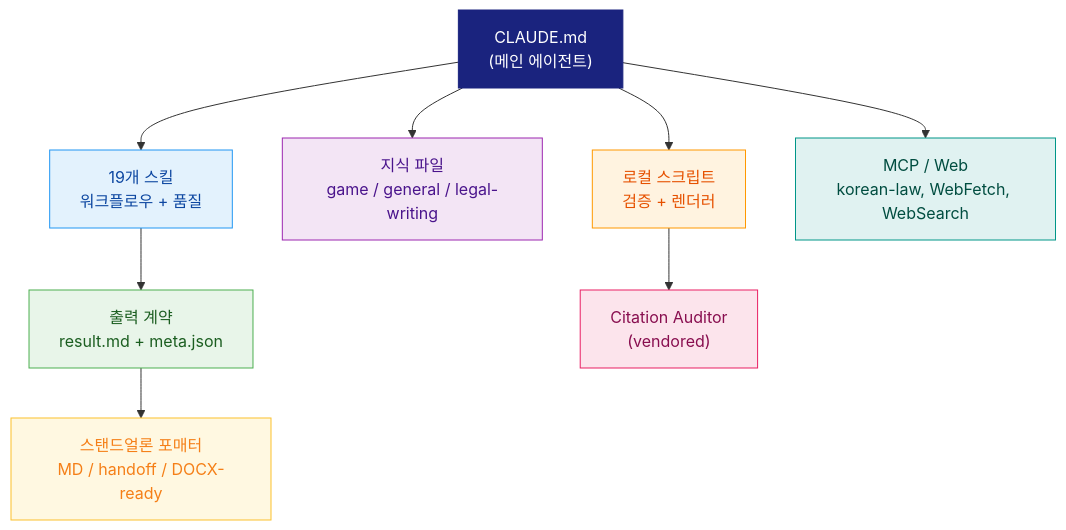
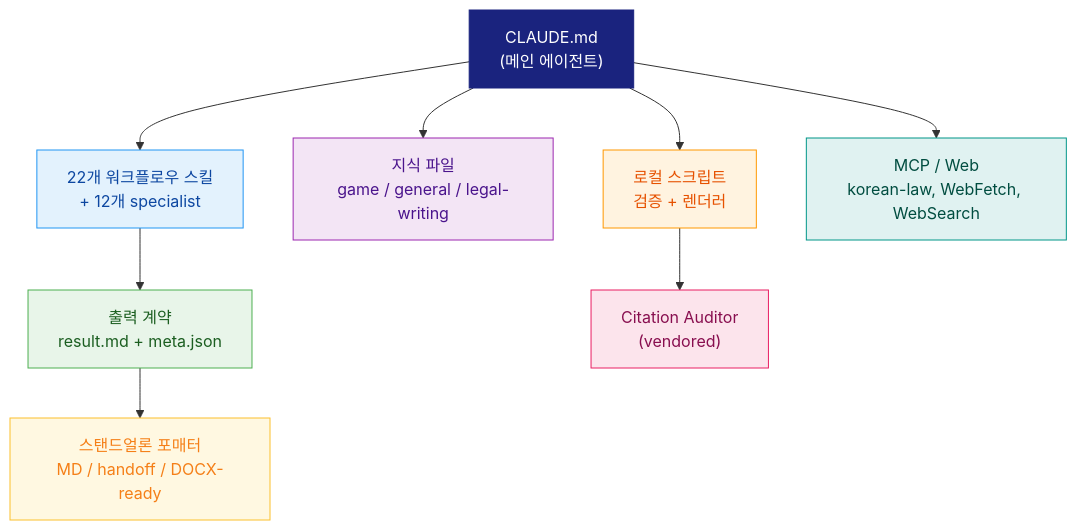
Before and after one commit to wyyyyqqqqqq/legal-research-agent: the second of 3 diagrams in README.ko.md, drawn with Mermaid. The commit also changed other lines of this file and 12 other files, not shown here.

````diff
--- a/README.ko.md
+++ b/README.ko.md
@@ -153,18 +153,18 @@
 ```mermaid
 graph TD
-    A["CLAUDE.md\n(메인 에이전트)"] --> B["19개 스킬\n워크플로우 + 품질"]
+    A["CLAUDE.md\n(메인 에이전트)"] --> B["22개 워크플로우 스킬\n+ 12개 specialist"]
     A --> C["지식 파일\ngame / general / legal-writing"]
     A --> D["로컬 스크립트\n검증 + 렌더러"]
     A --> E["MCP / Web\nkorean-law, WebFetch, WebSearch"]
     B --> F["출력 계약\nresult.md + meta.json"]
     F --> G["스탠드얼론 포매터\nMD / handoff / DOCX-ready"]
     D --> H["Citation Auditor\n(vendored)"]
     style A fill:#1a237e,stroke:#1a237e,color:#ffffff
     style B fill:#e3f2fd,stroke:#2196f3,color:#0d47a1
     style C fill:#f3e5f5,stroke:#9c27b0,color:#4a148c
     style D fill:#fff3e0,stroke:#ff9800,color:#e65100
     style E fill:#e0f2f1,stroke:#009688,color:#004d40
     style F fill:#e8f5e9,stroke:#4caf50,color:#1b5e20
     style G fill:#fff8e1,stroke:#fbc02d,color:#f57f17
     style H fill:#fce4ec,stroke:#e91e63,color:#880e4f
 ```
````
